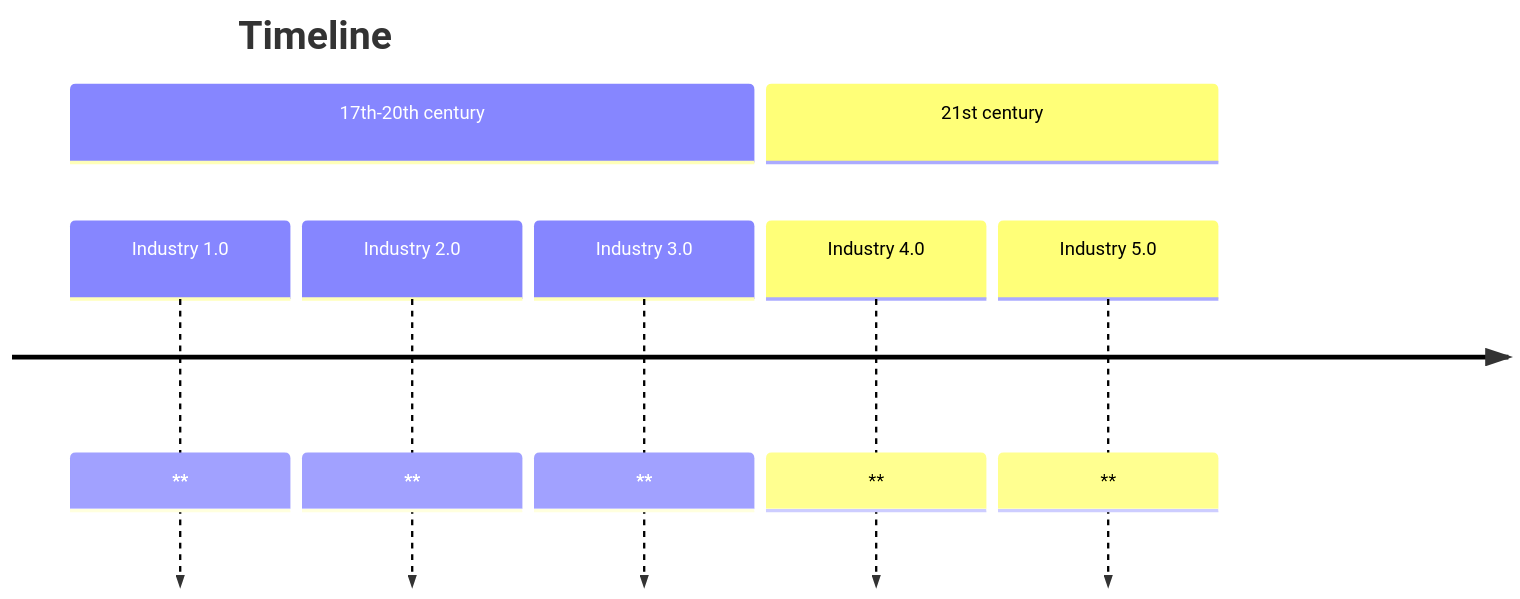
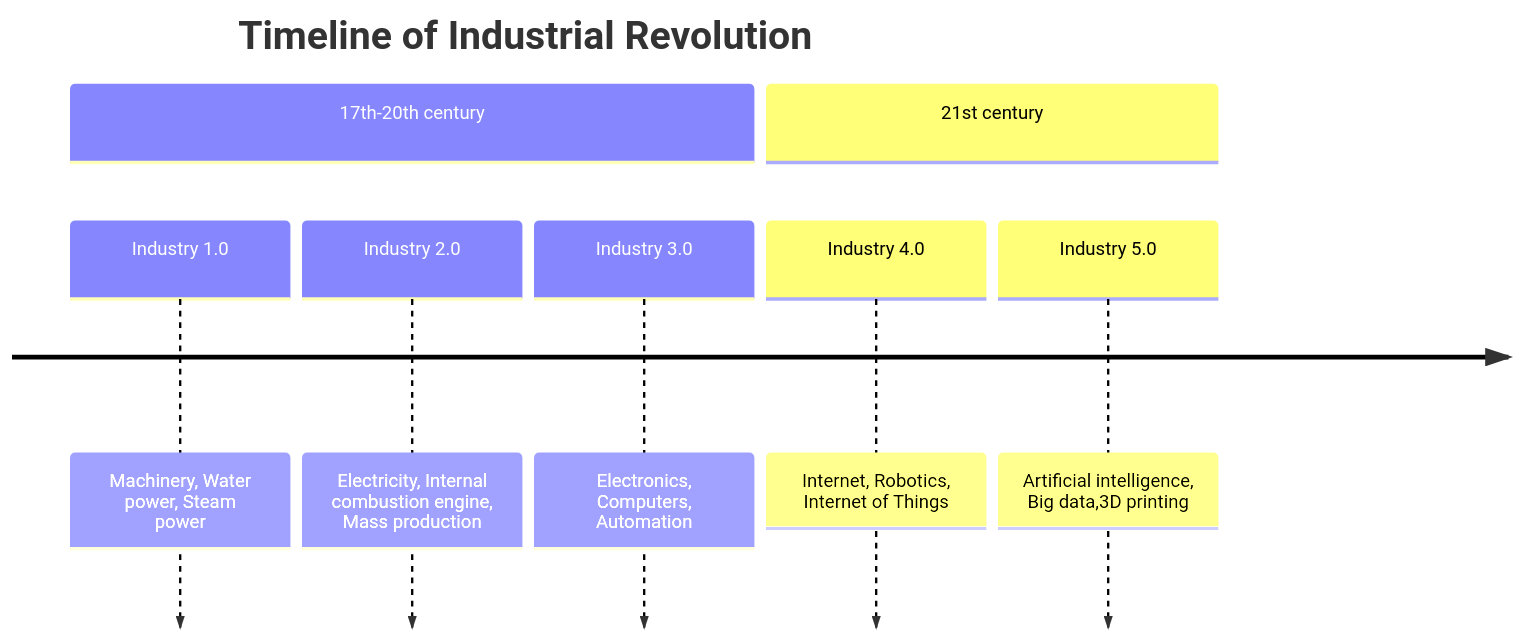
Before and after one commit to x-matt/x-matt.github.io: the fifth of 8 diagrams in content/Work/diagram.md, drawn with Mermaid. The commit also changed other lines of this file and 164 other files, not shown here.

````diff
--- a/content/Work/diagram.md
+++ b/content/Work/diagram.md
@@ -66,13 +97,13 @@
 ```mermaid
 timeline
-    title Timeline
+    title Timeline of Industrial Revolution
 
     section 17th-20th century
-        Industry 1.0 : **
-        Industry 2.0 : **
-        Industry 3.0 : **
+        Industry 1.0 : Machinery, Water power, Steam <br>power
+        Industry 2.0 : Electricity, Internal combustion engine, Mass production
+        Industry 3.0 : Electronics, Computers, Automation
 
     section 21st century
-        Industry 4.0 : **
-        Industry 5.0 : **
+        Industry 4.0 : Internet, Robotics, Internet of Things
+        Industry 5.0 : Artificial intelligence, Big data,3D printing
 ```
````
